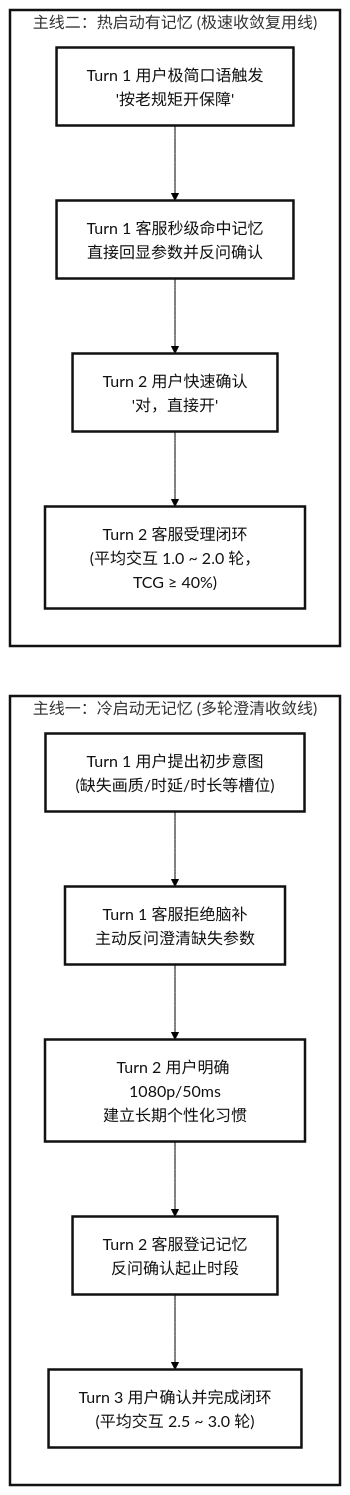
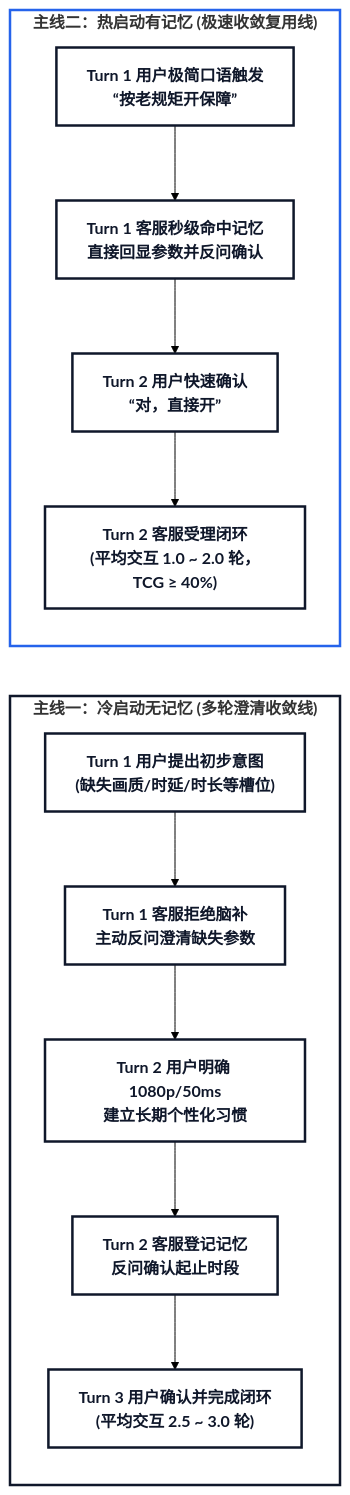
Before and after one commit to wangbanjin1/cross_data_gen: the second of 5 diagrams in docs/archive/memory_evolution_proposal.md, drawn with Mermaid (forest theme). The commit also changed other lines of this file and 17 other files, not shown here.

Commit message:
docs: reorganize 4-layer doc architecture, convert ASCII to Mermaid, and upgrade HTML visual renderer

````diff
--- a/docs/archive/memory_evolution_proposal.md
+++ b/docs/archive/memory_evolution_proposal.md
@@ -54,22 +54,22 @@
 ```mermaid
 graph LR
-    classDef default fill:#FFFFFF,stroke:#111111,stroke-width:2.5px,color:#111111;
+    classDef default fill:#FFFFFF,stroke:#0F172A,stroke-width:2.5px,color:#0F172A,font-weight:bold;
 
-    subgraph ColdStart ["主线一：冷启动无记忆 (多轮澄清收敛线)"]
+    subgraph ColdStart ["<b>主线一：冷启动无记忆 (多轮澄清收敛线)</b>"]
         direction TB
-        C1["Turn 1 用户提出初步意图<br/>(缺失画质/时延/时长等槽位)"] --> C2["Turn 1 客服拒绝脑补<br/>主动反问澄清缺失参数"]
-        C2 --> C3["Turn 2 用户明确 1080p/50ms<br/>建立长期个性化习惯"]
-        C3 --> C4["Turn 2 客服登记记忆<br/>反问确认起止时段"]
-        C4 --> C5["Turn 3 用户确认并完成闭环<br/>(平均交互 2.5 ~ 3.0 轮)"]
+        C1["<b>Turn 1 用户提出初步意图<br/>(缺失画质/时延/时长等槽位)</b>"] --> C2["<b>Turn 1 客服拒绝脑补<br/>主动反问澄清缺失参数</b>"]
+        C2 --> C3["<b>Turn 2 用户明确 1080p/50ms<br/>建立长期个性化习惯</b>"]
+        C3 --> C4["<b>Turn 2 客服登记记忆<br/>反问确认起止时段</b>"]
+        C4 --> C5["<b>Turn 3 用户确认并完成闭环<br/>(平均交互 2.5 ~ 3.0 轮)</b>"]
     end
 
-    subgraph HotStart ["主线二：热启动有记忆 (极速收敛复用线)"]
+    subgraph HotStart ["<b>主线二：热启动有记忆 (极速收敛复用线)</b>"]
         direction TB
-        H1["Turn 1 用户极简口语触发<br/>'按老规矩开保障'"] --> H2["Turn 1 客服秒级命中记忆<br/>直接回显参数并反问确认"]
-        H2 --> H3["Turn 2 用户快速确认<br/>'对，直接开'"]
-        H3 --> H4["Turn 2 客服受理闭环<br/>(平均交互 1.0 ~ 2.0 轮，TCG ≥ 40%)"]
+        H1["<b>Turn 1 用户极简口语触发<br/>“按老规矩开保障”</b>"] --> H2["<b>Turn 1 客服秒级命中记忆<br/>直接回显参数并反问确认</b>"]
+        H2 --> H3["<b>Turn 2 用户快速确认<br/>“对，直接开”</b>"]
+        H3 --> H4["<b>Turn 2 客服受理闭环<br/>(平均交互 1.0 ~ 2.0 轮，TCG ≥ 40%)</b>"]
     end
 
-    style ColdStart fill:#FFFFFF,stroke:#111111,stroke-width:2.5px;
-    style HotStart fill:#FFFFFF,stroke:#111111,stroke-width:2.5px;
+    style ColdStart fill:#FFFFFF,stroke:#0F172A,stroke-width:2.5px;
+    style HotStart fill:#FFFFFF,stroke:#2563EB,stroke-width:2.5px;
 ```
````
